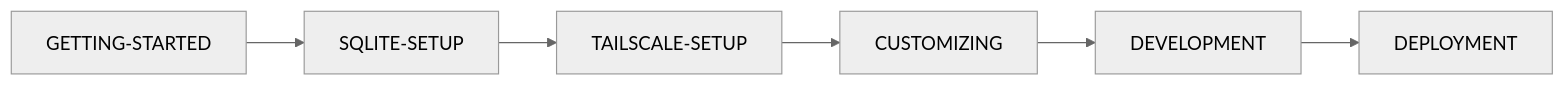
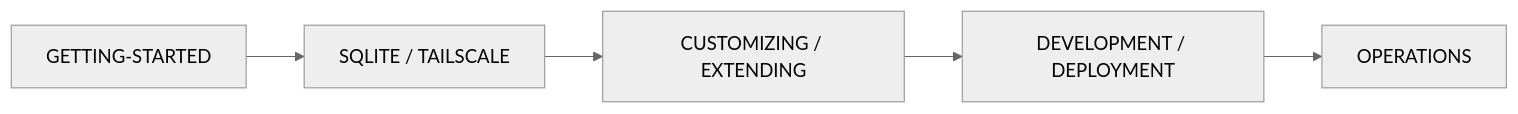
Before and after one commit to k-systems202208/python-sqlite-tailscale-webapp-template: the sixth of 6 diagrams in README.md, drawn with Mermaid (neutral theme). The commit also changed other lines of this file and 10 other files, not shown here.

````diff
--- a/README.md
+++ b/README.md
@@ -250,8 +266,7 @@
 ```mermaid
 flowchart LR
-    A["GETTING-STARTED"] --> B["SQLITE-SETUP"]
-    B --> C["TAILSCALE-SETUP"]
-    C --> D["CUSTOMIZING"]
-    D --> E["DEVELOPMENT"]
-    E --> F["DEPLOYMENT"]
+    A["GETTING-STARTED"] --> B["SQLITE / TAILSCALE"]
+    B --> C["CUSTOMIZING / EXTENDING"]
+    C --> D["DEVELOPMENT / DEPLOYMENT"]
+    D --> E["OPERATIONS"]
 ```
````
